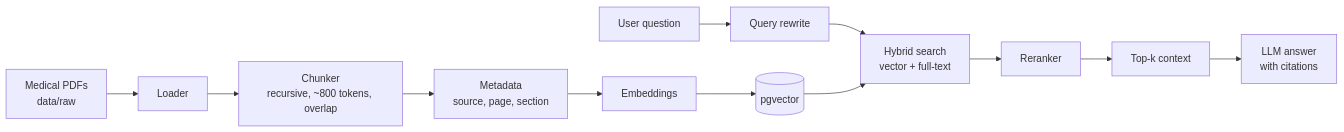
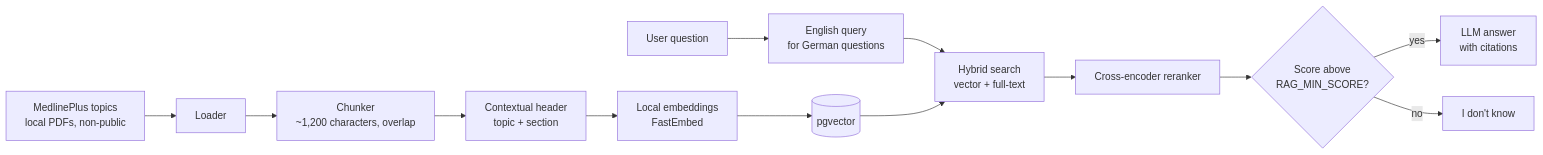
One commit to KeertiPremGadde/agentic-healthcare-assistant changed the fifth of 6 diagrams in docs/ARCHITECTURE.md. Above: the diagram before and after it, drawn with Mermaid. The commit also changed other lines of this file and 69 other files, not shown here.

````diff
--- a/docs/ARCHITECTURE.md
+++ b/docs/ARCHITECTURE.md
@@ -117,8 +117,10 @@
 ```mermaid
 flowchart LR
-    PDF[Medical PDFs<br/>data/raw] --> L[Loader] --> CH[Chunker<br/>recursive, ~800 tokens, overlap]
-    CH --> MD[Metadata<br/>source, page, section]
-    MD --> EMB[Embeddings] --> PG[(pgvector)]
-    Q[User question] --> QR[Query rewrite] --> HY[Hybrid search<br/>vector + full-text]
-    PG --> HY --> RR[Reranker] --> CTX[Top-k context] --> ANS[LLM answer<br/>with citations]
+    SRC[MedlinePlus topics<br/>local PDFs, non-public] --> L[Loader] --> CH[Chunker<br/>~1,200 characters, overlap]
+    CH --> HD[Contextual header<br/>topic + section]
+    HD --> EMB[Local embeddings<br/>FastEmbed] --> PG[(pgvector)]
+    Q[User question] --> EN[English query<br/>for German questions] --> HY[Hybrid search<br/>vector + full-text]
+    PG --> HY --> RR[Cross-encoder reranker] --> TH{Score above<br/>RAG_MIN_SCORE?}
+    TH -->|yes| ANS[LLM answer<br/>with citations]
+    TH -->|no| IDK[I don't know]
 ```
````
